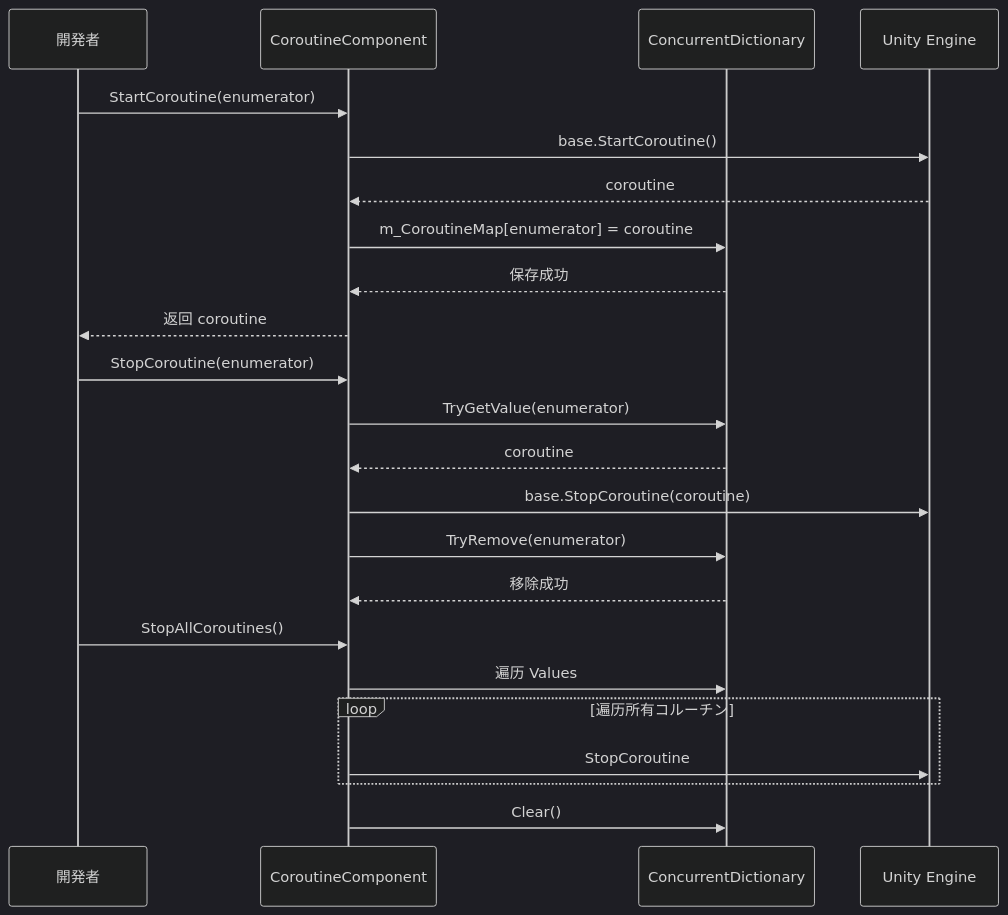
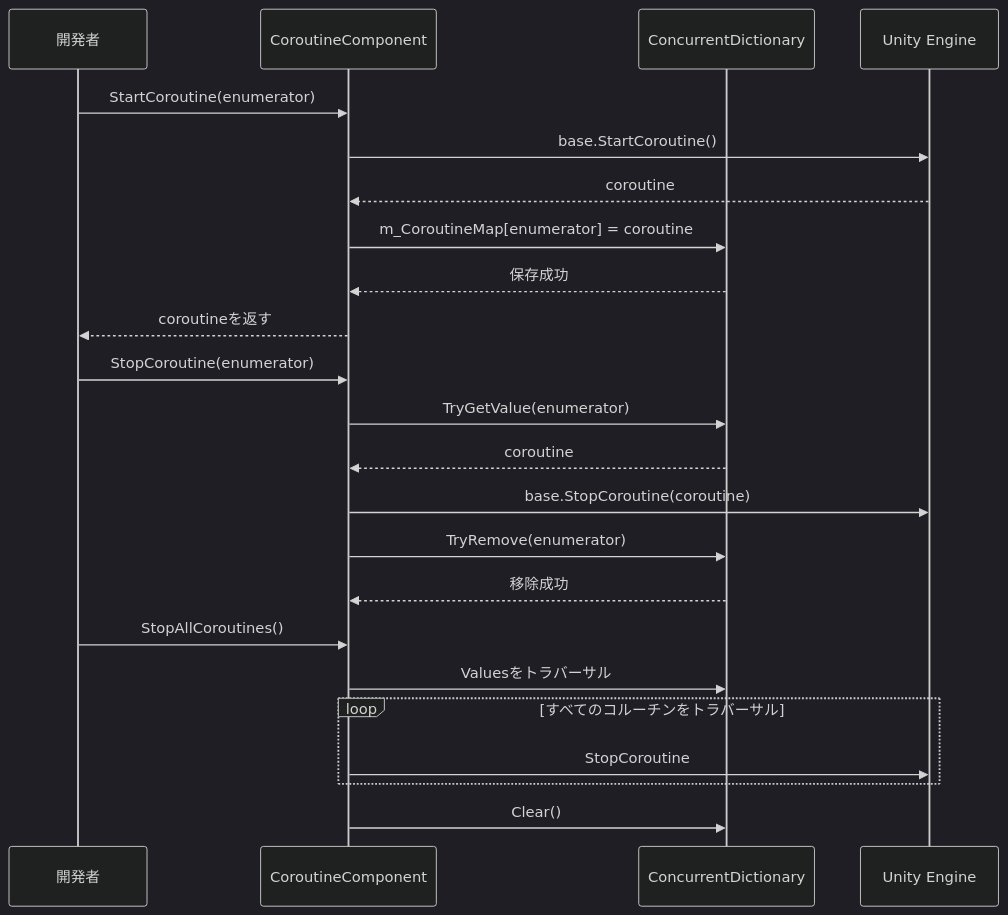
Before and after one commit to AlianBlank/GameFrameX.Docs: the second of 2 diagrams in docs/ja/client/unity/component/coroutine/01.overview.md, drawn with Mermaid (dark theme). The commit also changed other lines of this file and 320 other files, not shown here.

````diff
--- a/docs/ja/client/unity/component/coroutine/01.overview.md
+++ b/docs/ja/client/unity/component/coroutine/01.overview.md
@@ -166,28 +166,28 @@
 ```mermaid
 sequenceDiagram
     participant Dev as 開発者
     participant CC as CoroutineComponent
     participant Dict as ConcurrentDictionary
     participant Unity as Unity Engine
 
     Dev->>CC: StartCoroutine(enumerator)
     CC->>Unity: base.StartCoroutine()
     Unity-->>CC: coroutine
     CC->>Dict: m_CoroutineMap[enumerator] = coroutine
     Dict-->>CC: 保存成功
-    CC-->>Dev: 返回 coroutine
+    CC-->>Dev: coroutineを返す
 
     Dev->>CC: StopCoroutine(enumerator)
     CC->>Dict: TryGetValue(enumerator)
     Dict-->>CC: coroutine
     CC->>Unity: base.StopCoroutine(coroutine)
     CC->>Dict: TryRemove(enumerator)
     Dict-->>CC: 移除成功
 
     Dev->>CC: StopAllCoroutines()
-    CC->>Dict: 遍历 Values
-    loop 遍历所有コルーチン
+    CC->>Dict: Valuesをトラバーサル
+    loop すべてのコルーチンをトラバーサル
         CC->>Unity: StopCoroutine
     end
     CC->>Dict: Clear()
 ```
````
